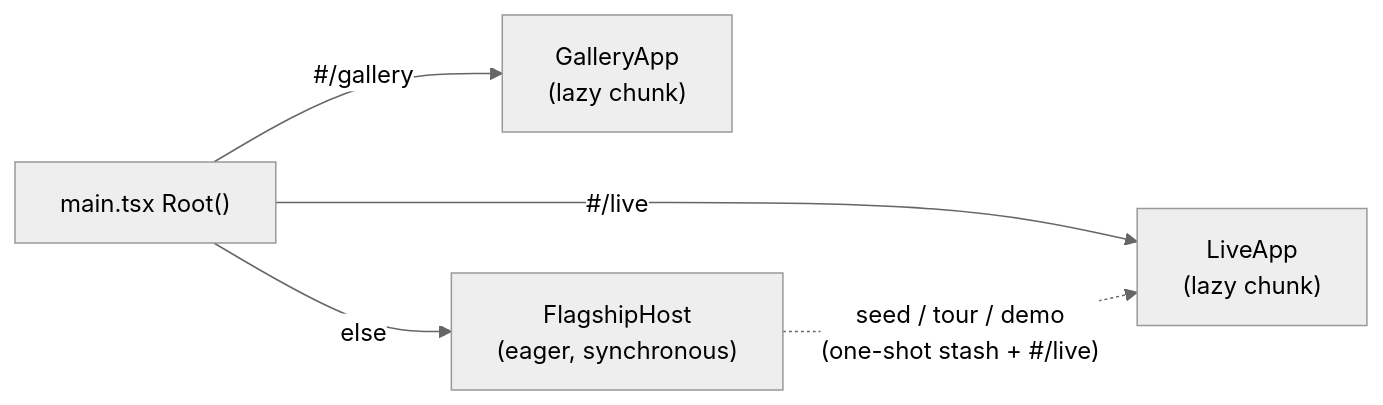
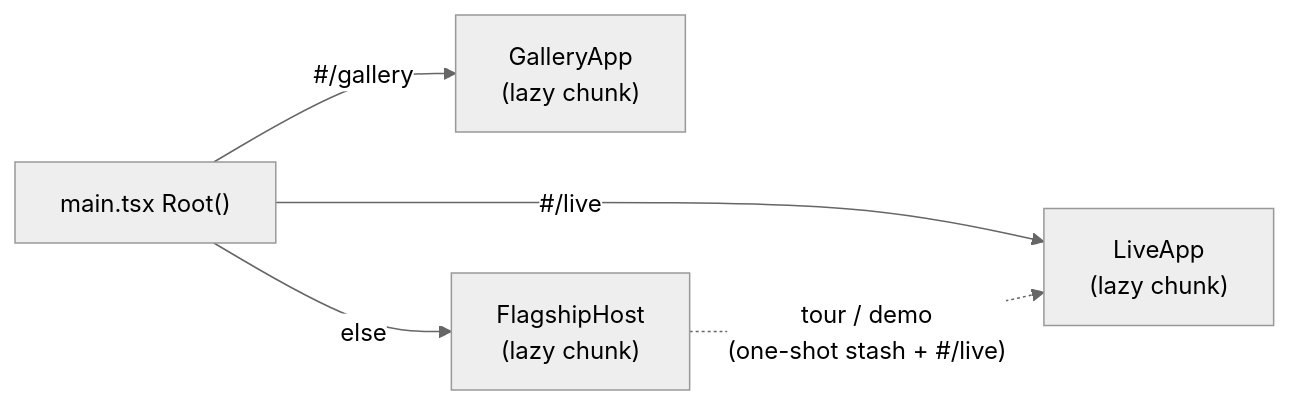
Before and after one commit to TryMaveaAI/mavea: the first of 4 diagrams in ARCHITECTURE.md, drawn with Mermaid (neutral theme). The commit also changed other lines of this file and 130 other files, not shown here.

````diff
--- a/ARCHITECTURE.md
+++ b/ARCHITECTURE.md
@@ -45,8 +56,8 @@
 ```mermaid
 flowchart LR
     entry["main.tsx Root()"]
     entry -->|"#/live"| L["LiveApp\n(lazy chunk)"]
     entry -->|"#/gallery"| G["GalleryApp\n(lazy chunk)"]
-    entry -->|"else"| A["FlagshipHost\n(eager, synchronous)"]
-    A -.->|"seed / tour / demo\n(one-shot stash + #/live)"| L
+    entry -->|"else"| A["FlagshipHost\n(lazy chunk)"]
+    A -.->|"tour / demo\n(one-shot stash + #/live)"| L
 ```
````
